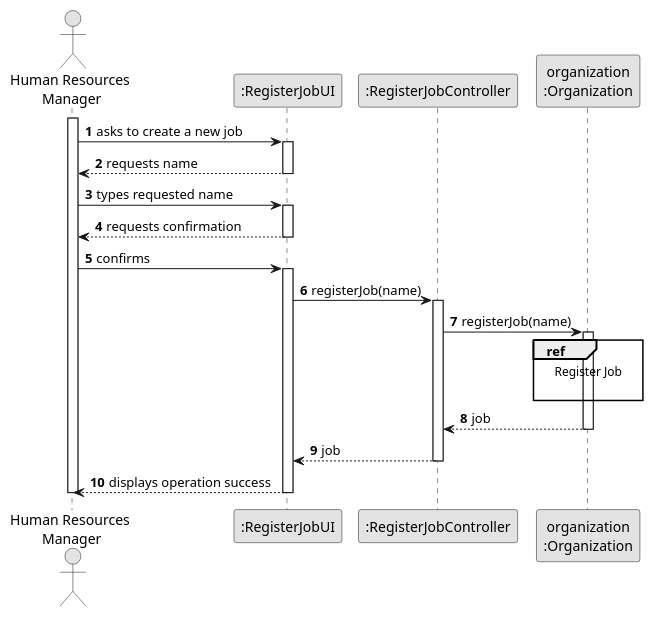
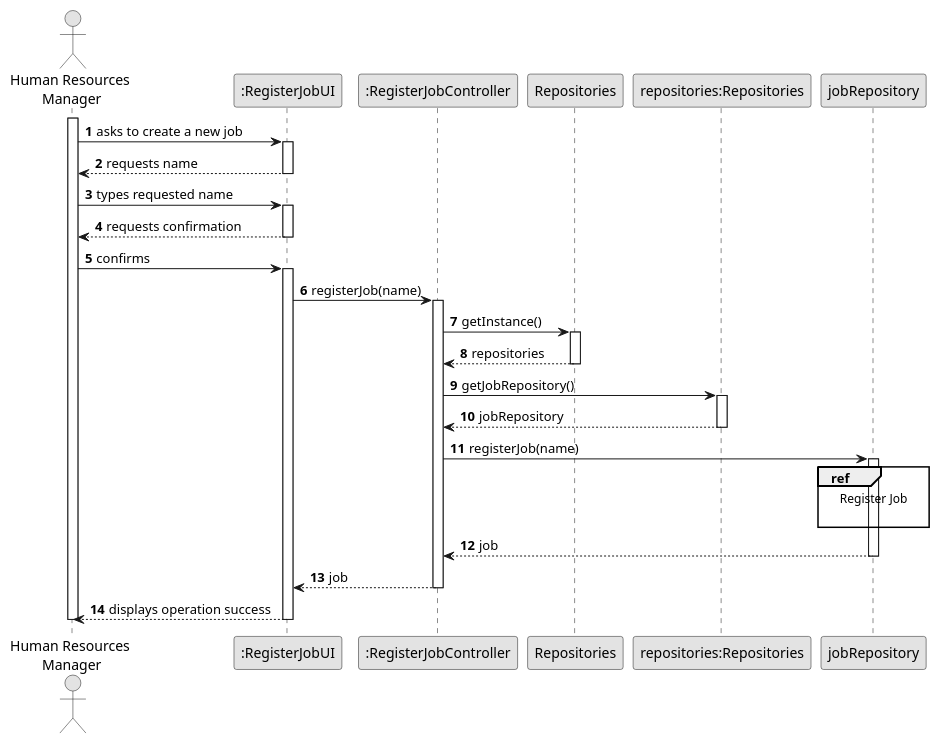
The diagram in docs/sprintB/us002/03.design/puml/us002-sequence-diagram-split.puml (diogoveirospro/lei-24-s2-1dg-g072), drawn with PlantUML before and after one commit. The commit also changed 4 other files, not shown here.

Commit message:
US2's Sequence Diagram

```diff
--- a/docs/sprintB/us002/03.design/puml/us002-sequence-diagram-split.puml
+++ b/docs/sprintB/us002/03.design/puml/us002-sequence-diagram-split.puml
@@ -1,54 +1,68 @@
 @startuml
 skinparam monochrome true
 skinparam packageStyle rectangle
 skinparam shadowing false
 
 autonumber
 
 'hide footbox
 actor "Human Resources\n Manager" as HRM
 participant ":RegisterJobUI" as UI
 participant ":RegisterJobController" as CTRL
-participant "organization\n:Organization" as ORG
+participant Repositories
+participant "repositories:Repositories" as REP
+participant "jobRepository" as JOBREP
 
 activate HRM
 
     HRM -> UI : asks to create a new job
 
     activate UI
 
         UI --> HRM : requests name
     deactivate UI
 
     HRM -> UI : types requested name
     activate UI
 
         UI --> HRM : requests confirmation
     deactivate UI
 
     HRM -> UI : confirms
     activate UI
 
         UI -> CTRL : registerJob(name)
         activate CTRL
 
-            CTRL -> ORG : registerJob(name)
-            activate ORG
+           CTRL -> Repositories: getInstance()
+           activate Repositories
 
-            ref over ORG
+           Repositories --> CTRL: repositories
+           deactivate Repositories
+
+           CTRL -> REP: getJobRepository()
+           activate REP
+
+           REP --> CTRL: jobRepository
+           deactivate REP
+
+            CTRL -> JOBREP : registerJob(name)
+            activate JOBREP
+
+            ref over JOBREP
                 Register Job
 
             end
 
-            ORG --> CTRL : job
-            deactivate ORG
+            JOBREP --> CTRL : job
+            deactivate JOBREP
 
             CTRL --> UI : job
         deactivate CTRL
 
         UI --> HRM: displays operation success
     deactivate UI
 
 deactivate HRM
 
 @enduml
```
